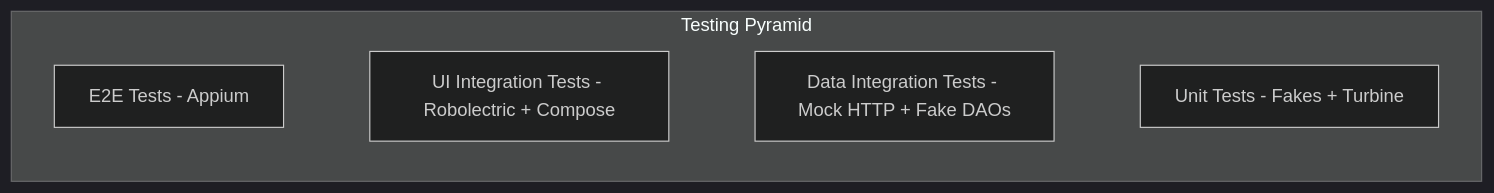
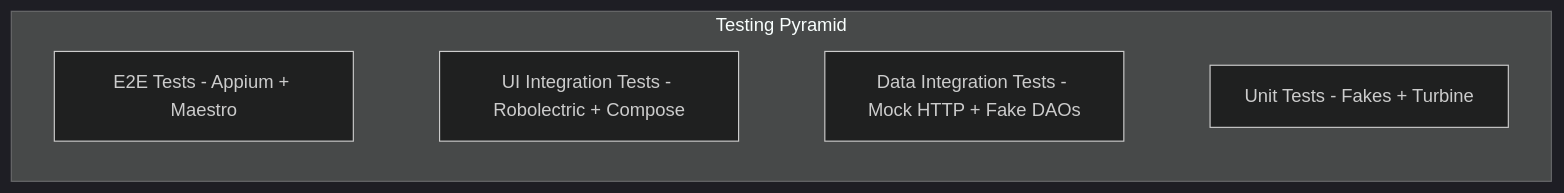
One commit to Ashanen/Castociasto changed diagram 13 of 13 in README.md. Above: the diagram before and after it, drawn with Mermaid (dark theme). The commit also changed other lines of this file and 6 other files, not shown here.

First line of the commit message:
Add Maestro E2E tests alongside Appium with comparison benchmarks

````diff
--- a/README.md
+++ b/README.md
@@ -747,13 +749,13 @@
 ```mermaid
 graph TB
     subgraph "Testing Pyramid"
-        E2E[E2E Tests - Appium]
+        E2E[E2E Tests - Appium + Maestro]
         INTUI[UI Integration Tests - Robolectric + Compose]
         INTDATA[Data Integration Tests - Mock HTTP + Fake DAOs]
         UNIT[Unit Tests - Fakes + Turbine]
     end
 
     E2E ~~~ INTUI
     INTUI ~~~ INTDATA
     INTDATA ~~~ UNIT
 ```
````
